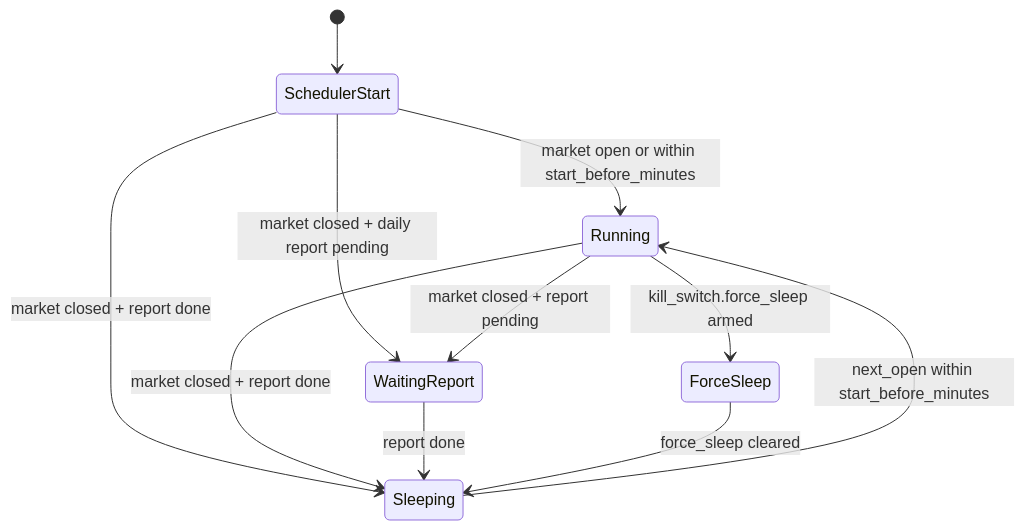
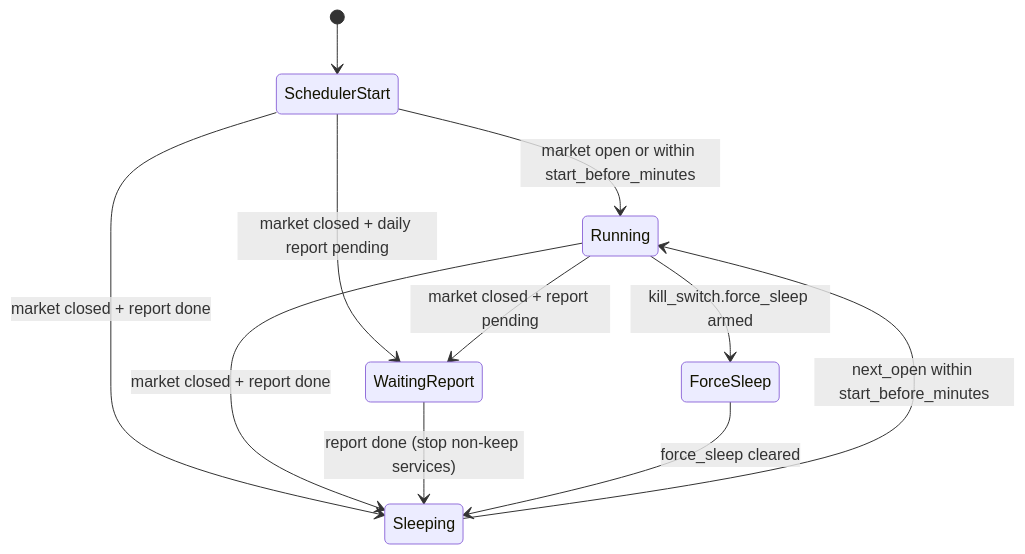
The second of 4 diagrams in docs/agent_state_transitions.md (ilfrick/Fricktrade), drawn with Mermaid before and after one commit. The commit also changed other lines of this file and 5 other files, not shown here.

````diff
--- a/docs/agent_state_transitions.md
+++ b/docs/agent_state_transitions.md
@@ -29,14 +29,14 @@
 ```mermaid
 stateDiagram-v2
     [*] --> SchedulerStart
     SchedulerStart --> Running: market open or within start_before_minutes
     SchedulerStart --> WaitingReport: market closed + daily report pending
     SchedulerStart --> Sleeping: market closed + report done
 
     Running --> Sleeping: market closed + report done
     Running --> WaitingReport: market closed + report pending
-    WaitingReport --> Sleeping: report done
+    WaitingReport --> Sleeping: report done (stop non-keep services)
     Sleeping --> Running: next_open within start_before_minutes
     Running --> ForceSleep: kill_switch.force_sleep armed
     ForceSleep --> Sleeping: force_sleep cleared
 ```
````
